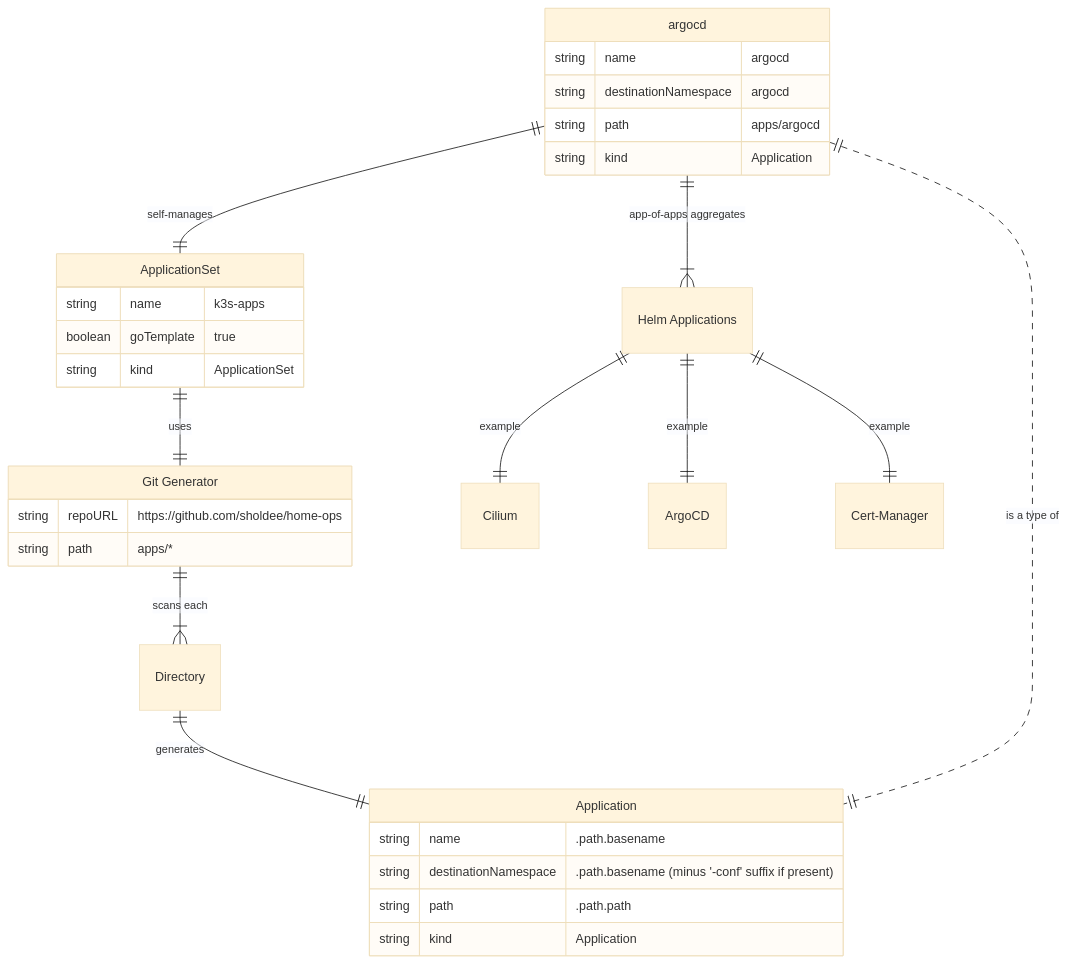
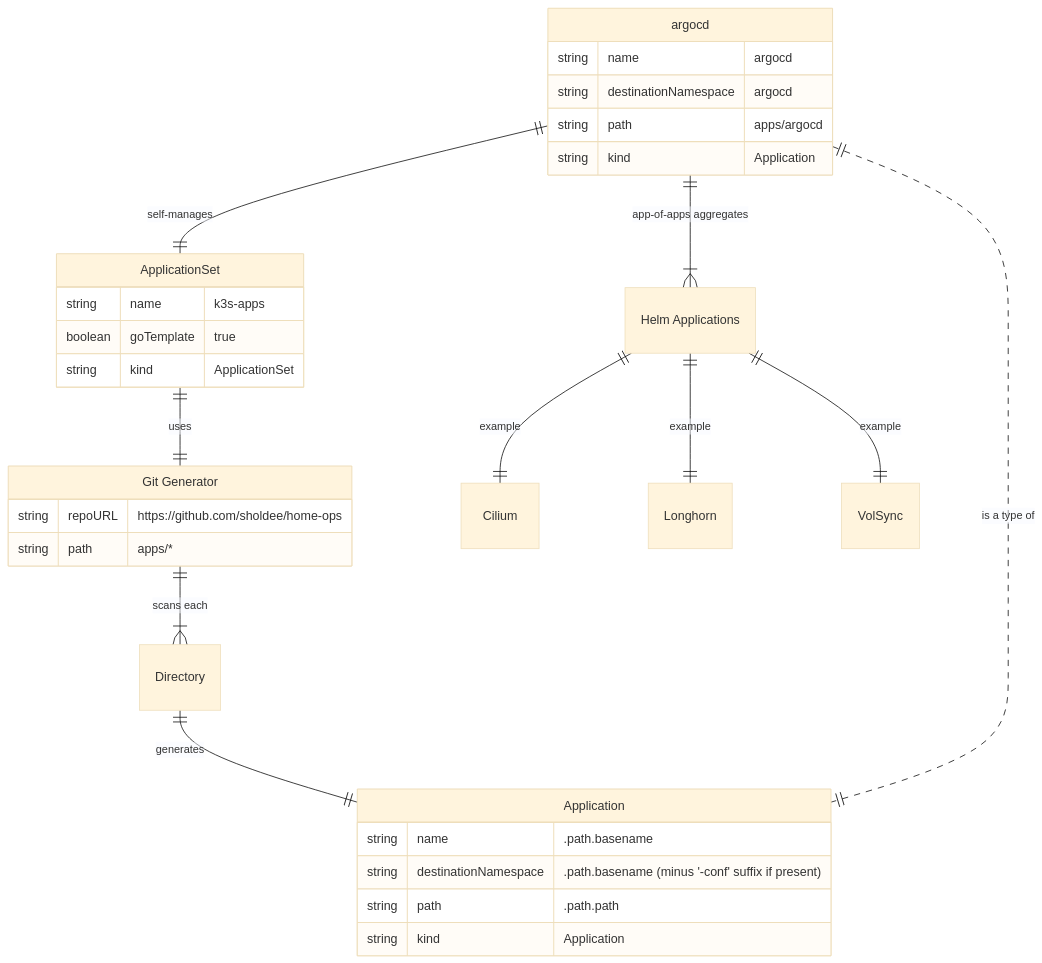
One commit to sholdee/home-ops changed the diagram in README.md. Above: the diagram before and after it, drawn with Mermaid (base theme). The commit also changed other lines of this file, not shown here.

````diff
--- a/README.md
+++ b/README.md
@@ -50,39 +50,39 @@
 ```mermaid
 erDiagram
     ApplicationSet {
       string name "k3s-apps"
       boolean goTemplate "true"
       string kind "ApplicationSet"
     }
     "Git Generator" {
       string repoURL "https:&sol;&sol;github&period;com/sholdee/home-ops"
       string path "apps/*"
     }
     Directory
     Application {
       string name ".path.basename"
       string destinationNamespace ".path.basename (minus '-conf' suffix if present)"
       string path ".path.path"
       string kind "Application"
     }
     argocd {
       string name "argocd"
       string destinationNamespace "argocd"
       string path "apps/argocd"
       string kind "Application"
     }
     "Helm Applications"
     Cilium
-    ArgoCD
-    Cert-Manager
+    Longhorn
+    VolSync
 
     ApplicationSet ||--|| "Git Generator" : "uses"
     "Git Generator" ||--|{ Directory : "scans each"
     Directory ||--|| Application : "generates"
     argocd ||..|| Application : "is a type of"
     argocd ||--|{ "Helm Applications" : "app-of-apps aggregates"
     "Helm Applications" ||--|| Cilium : "example"
-    "Helm Applications" ||--|| ArgoCD : "example"
-    "Helm Applications" ||--|| Cert-Manager : "example"
+    "Helm Applications" ||--|| Longhorn : "example"
+    "Helm Applications" ||--|| VolSync : "example"
     argocd ||--|| ApplicationSet : "self-manages"
 ```
````
